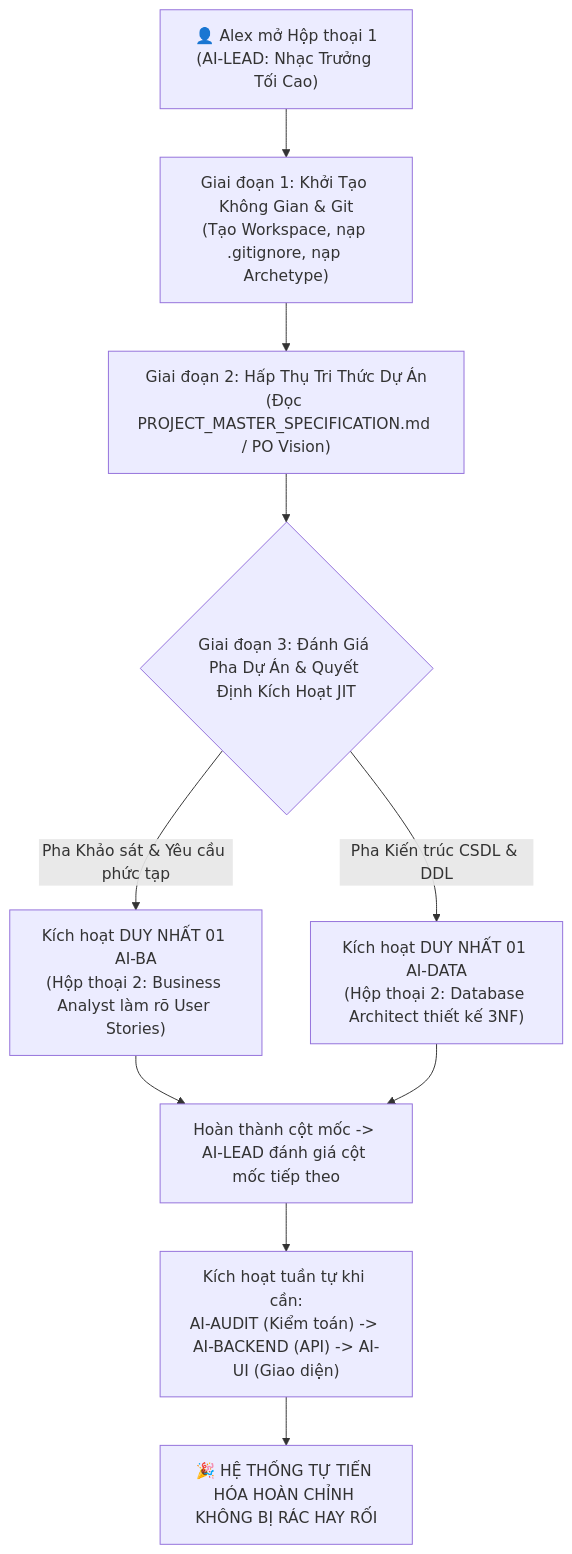
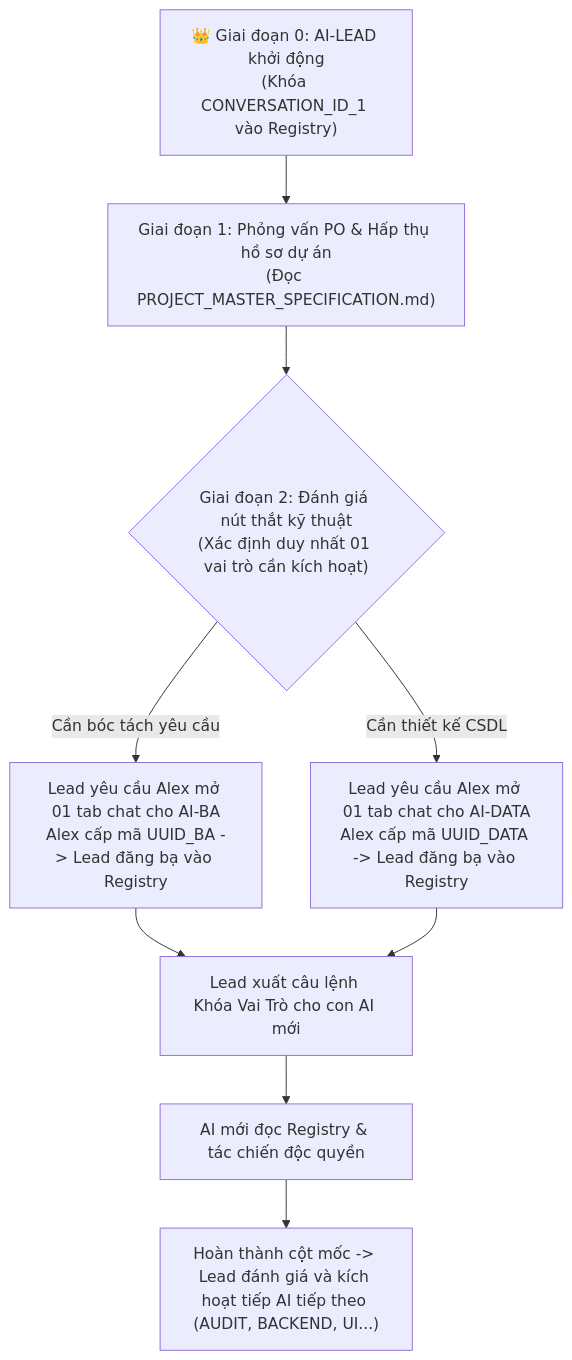
One commit to vanduc86vn-tech/universal-ai-swarm-framework changed the diagram in UNIVERSAL_SWARM_PROJECT_BOOTSTRAP_PLAYBOOK.md. Above: the diagram before and after it, drawn with Mermaid. The commit also changed other lines of this file and 1 other file, not shown here.

Commit message:
feat(registry): solidify dynamic UUID binding per AI agent in UASOF V2.3

````diff
--- a/UNIVERSAL_SWARM_PROJECT_BOOTSTRAP_PLAYBOOK.md
+++ b/UNIVERSAL_SWARM_PROJECT_BOOTSTRAP_PLAYBOOK.md
@@ -10,13 +21,13 @@
 ```mermaid
 flowchart TD
-    A["👤 Alex mở Hộp thoại 1<br/>(AI-LEAD: Nhạc Trưởng Tối Cao)"] --> B["Giai đoạn 1: Khởi Tạo Không Gian & Git<br/>(Tạo Workspace, nạp .gitignore, nạp Archetype)"]
-    B --> C["Giai đoạn 2: Hấp Thụ Tri Thức Dự Án<br/>(Đọc PROJECT_MASTER_SPECIFICATION.md / PO Vision)"]
-    C --> D{"Giai đoạn 3: Đánh Giá Pha Dự Án & Quyết Định Kích Hoạt JIT"}
+    Lead["👑 Giai đoạn 0: AI-LEAD khởi động<br/>(Khóa CONVERSATION_ID_1 vào Registry)"] --> Ingest["Giai đoạn 1: Phỏng vấn PO & Hấp thụ hồ sơ dự án<br/>(Đọc PROJECT_MASTER_SPECIFICATION.md)"]
     
-    D -->|"Pha Khảo sát & Yêu cầu phức tạp"| E["Kích hoạt DUY NHẤT 01 AI-BA<br/>(Hộp thoại 2: Business Analyst làm rõ User Stories)"]
-    D -->|"Pha Kiến trúc CSDL & DDL"| F["Kích hoạt DUY NHẤT 01 AI-DATA<br/>(Hộp thoại 2: Database Architect thiết kế 3NF)"]
+    Ingest --> Decision{"Giai đoạn 2: Đánh giá nút thắt kỹ thuật<br/>(Xác định duy nhất 01 vai trò cần kích hoạt)"}
     
-    E & F --> G["Hoàn thành cột mốc -> AI-LEAD đánh giá cột mốc tiếp theo"]
-    G --> H["Kích hoạt tuần tự khi cần:<br/>AI-AUDIT (Kiểm toán) -> AI-BACKEND (API) -> AI-UI (Giao diện)"]
-    H --> I["🎉 HỆ THỐNG TỰ TIẾN HÓA HOÀN CHỈNH KHÔNG BỊ RÁC HAY RỐI"]
+    Decision -->|"Cần bóc tách yêu cầu"| AskBA["Lead yêu cầu Alex mở 01 tab chat cho AI-BA<br/>Alex cấp mã UUID_BA -> Lead đăng bạ vào Registry"]
+    Decision -->|"Cần thiết kế CSDL"| AskData["Lead yêu cầu Alex mở 01 tab chat cho AI-DATA<br/>Alex cấp mã UUID_DATA -> Lead đăng bạ vào Registry"]
+    
+    AskBA & AskData --> LockIn["Lead xuất câu lệnh Khóa Vai Trò cho con AI mới"]
+    LockIn --> Work["AI mới đọc Registry & tác chiến độc quyền"]
+    Work --> NextMilestone["Hoàn thành cột mốc -> Lead đánh giá và kích hoạt tiếp AI tiếp theo (AUDIT, BACKEND, UI...)"]
 ```
````
